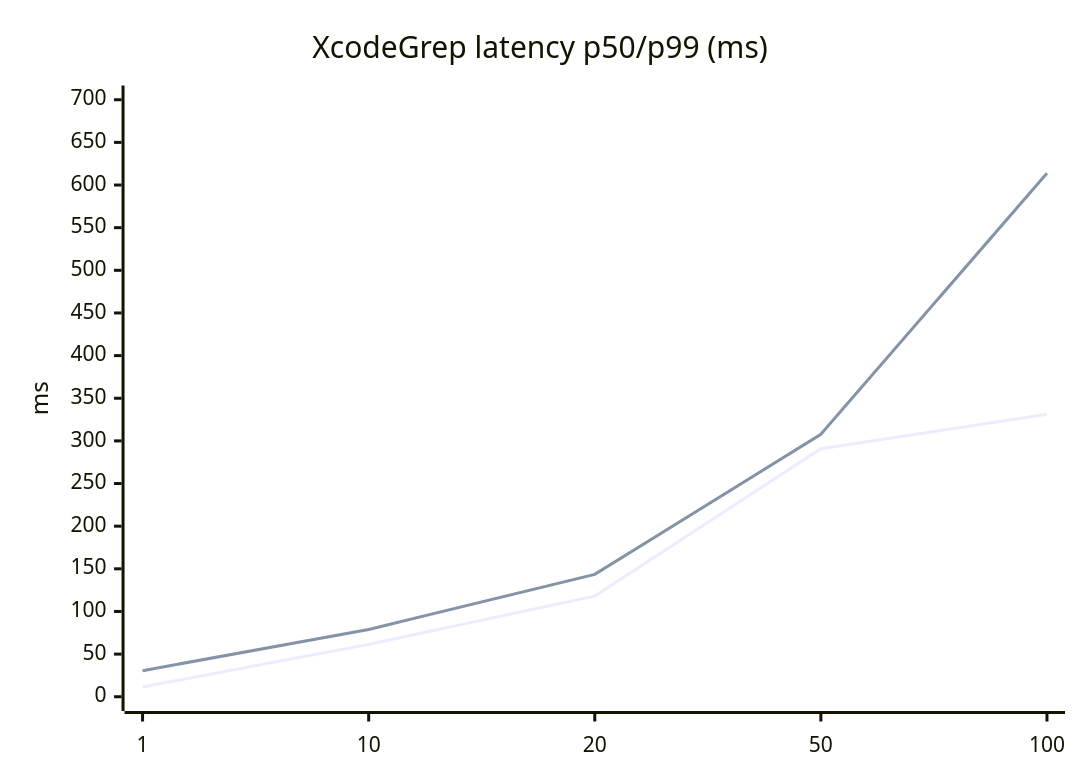
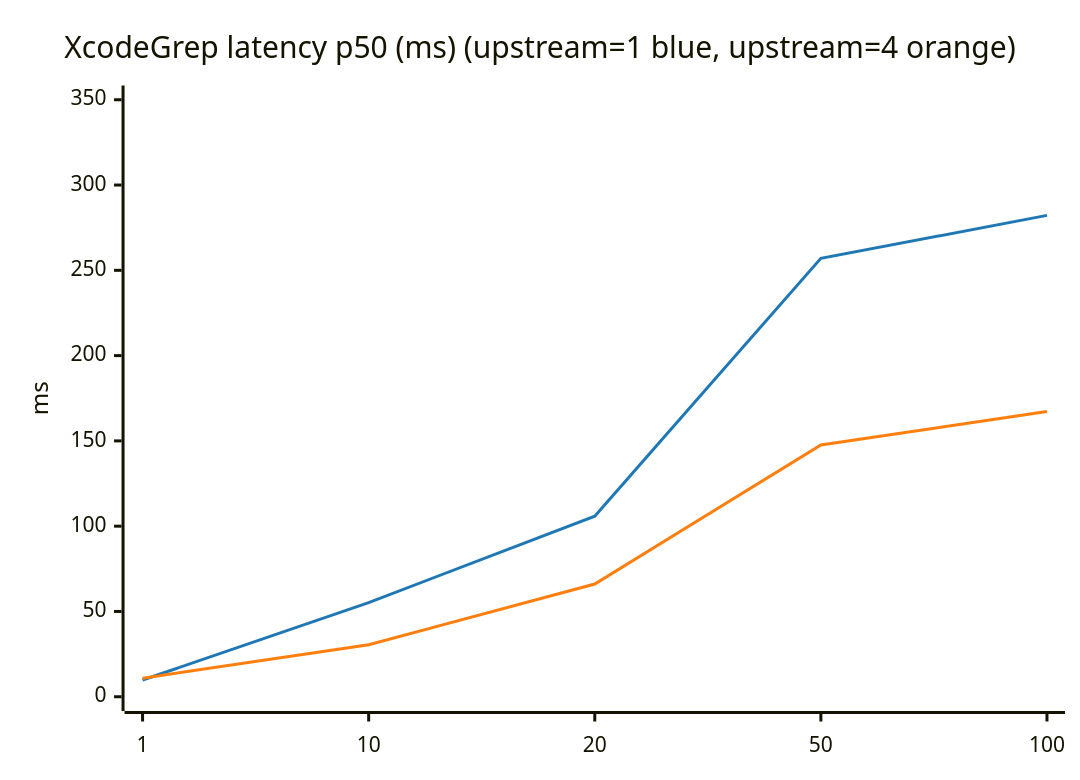
One commit to romanr/XcodeMCPKit changed the fifth of 9 diagrams in Docs/mcp-benchmark.md. Above: the diagram before and after it, drawn with Mermaid. The commit also changed other lines of this file, not shown here.

Commit message:
docs: rerun upstream=1 vs 4 benchmarks

````diff
--- a/Docs/mcp-benchmark.md
+++ b/Docs/mcp-benchmark.md
@@ -126,8 +169,9 @@
 ```mermaid
+%%{init: {'themeVariables': {'xyChart': {'plotColorPalette': '#1f77b4,#ff7f0e'}}}}%%
 xychart-beta
-    title "XcodeGrep latency p50/p99 (ms)"
+    title "XcodeGrep latency p50 (ms) (upstream=1 blue, upstream=4 orange)"
     x-axis [1, 10, 20, 50, 100]
-    y-axis "ms" 0 --> 700
-    line [11.5, 61.4, 118.0, 290.8, 331.2]
-    line [30.6, 78.9, 143.5, 307.8, 613.9]
+    y-axis "ms" 0 --> 350
+    line [9.8, 55.2, 105.9, 257.0, 282.2]
+    line [10.9, 30.5, 66.1, 147.6, 167.2]
 ```
````
